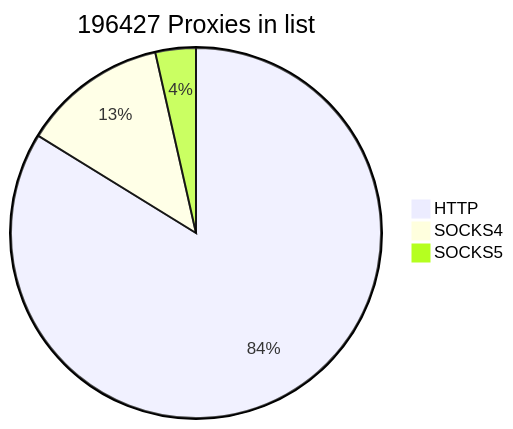
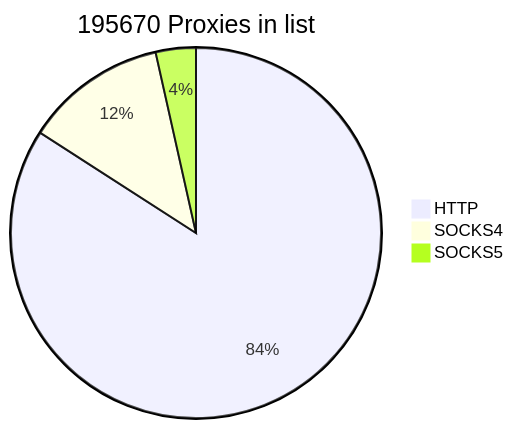
The first of 2 diagrams in README.md (cutipu/proxylist), drawn with Mermaid before and after one commit. The commit also changed other lines of this file, not shown here.

````diff
--- a/README.md
+++ b/README.md
@@ -2,7 +2,7 @@
 ```mermaid
-pie title 196427 Proxies in list
-    "HTTP" : 164584
-    "SOCKS4" : 24901
-    "SOCKS5" : 6942
+pie title 195670 Proxies in list
+    "HTTP" : 164557
+    "SOCKS4" : 24261
+    "SOCKS5" : 6852
             
 ```
````
